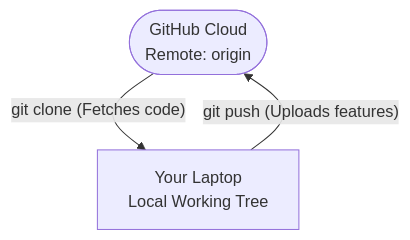
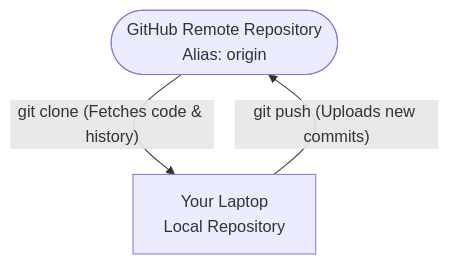
One commit to orgbitbybitdevs/github-starter changed the diagram in docs/07-remotes-and-cloning.md. Above: the diagram before and after it, drawn with Mermaid. The commit also changed other lines of this file and 6 other files, not shown here.

Commit message:
refactor: improve documentation clarity and add automated grading infrastructure for GitHub starter templates

````diff
--- a/docs/07-remotes-and-cloning.md
+++ b/docs/07-remotes-and-cloning.md
@@ -26,5 +26,5 @@
 ```mermaid
 graph TD
-    A([GitHub Cloud \nRemote: origin]) -- "git clone (Fetches code)" --> B[Your Laptop\nLocal Working Tree]
-    B -- "git push (Uploads features)" --> A
+    A([GitHub Remote Repository\nAlias: origin]) -- "git clone (Fetches code & history)" --> B[Your Laptop\nLocal Repository]
+    B -- "git push (Uploads new commits)" --> A
 ```
````
